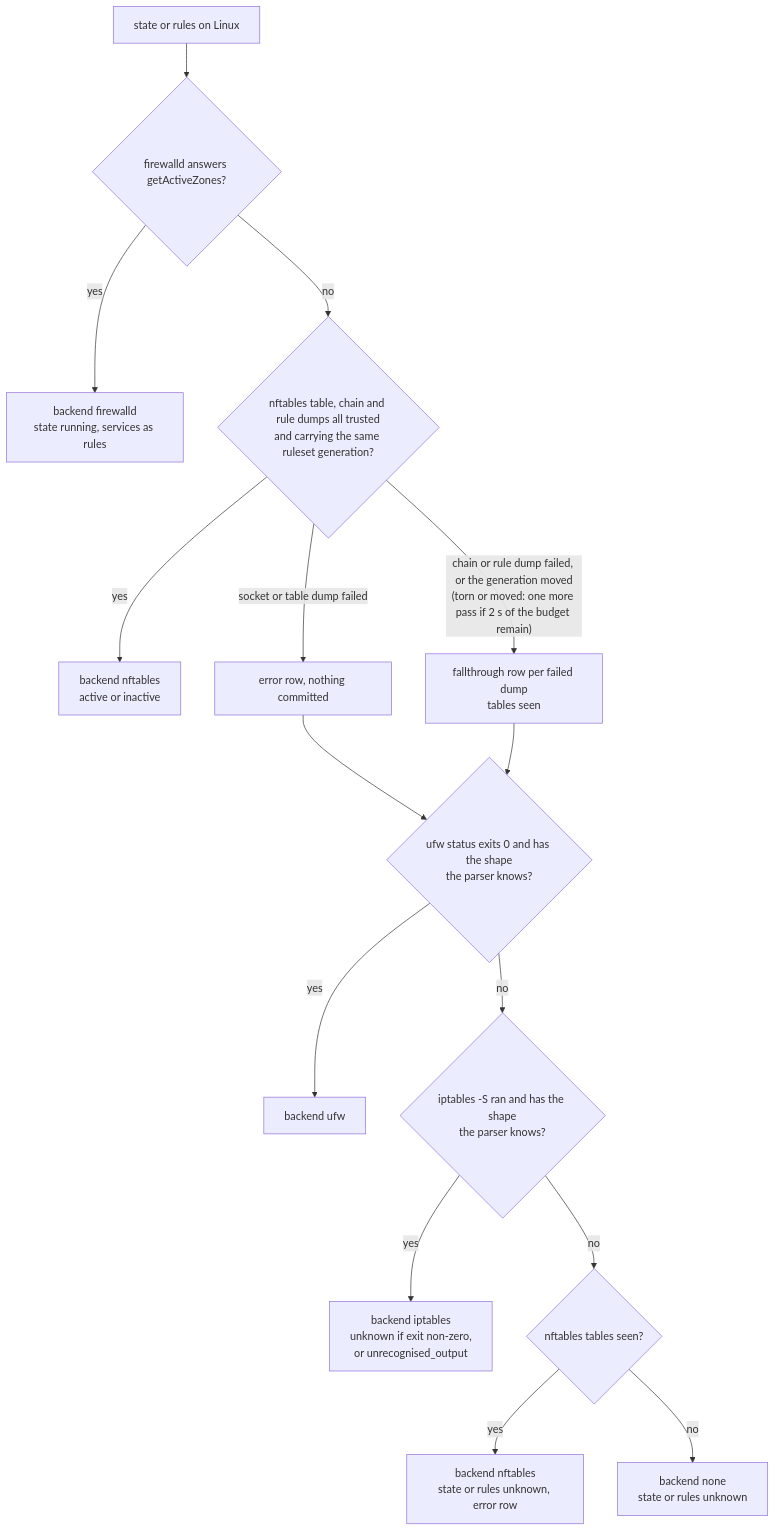
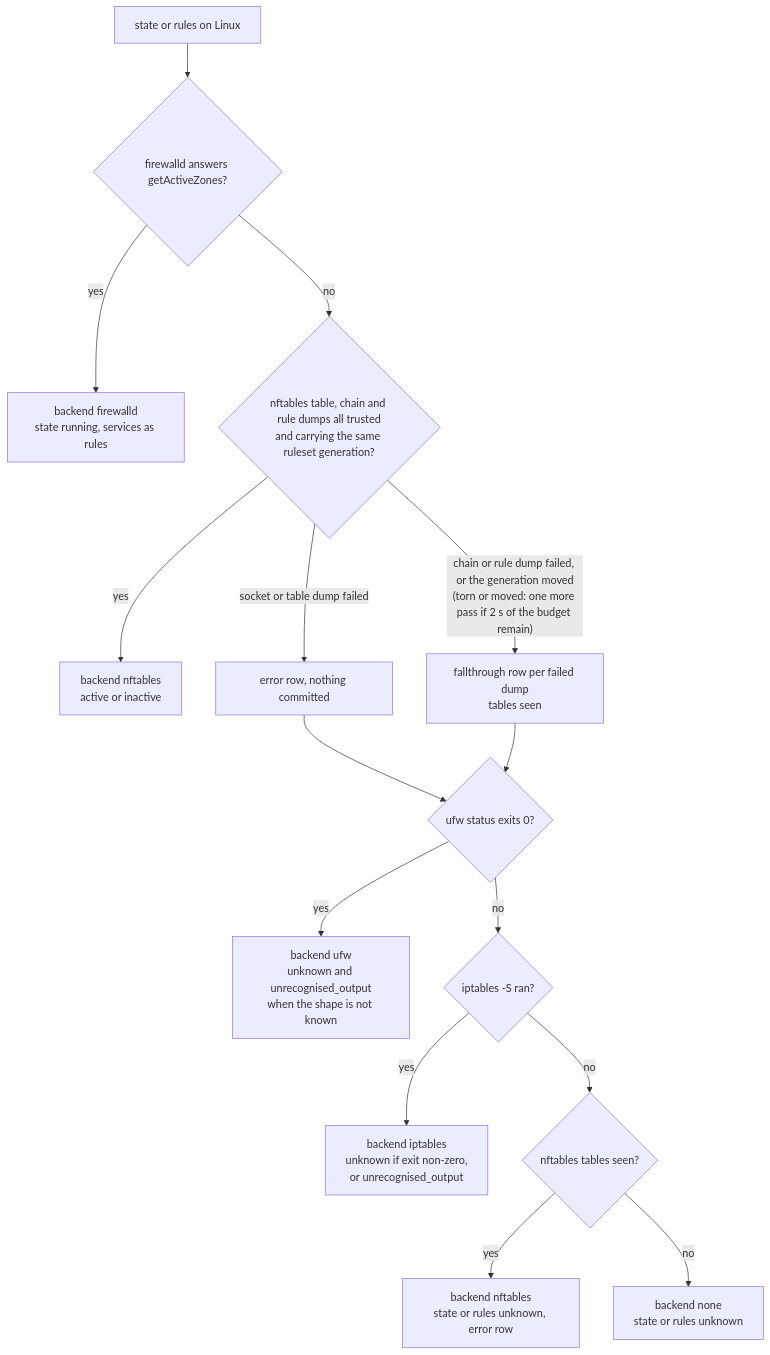
Before and after one commit to DevNullLtd/Yuzu: the third of 4 diagrams in agents/plugins/firewall/README.md, drawn with Mermaid. The commit also changed other lines of this file and 21 other files, not shown here.

````diff
--- a/agents/plugins/firewall/README.md
+++ b/agents/plugins/firewall/README.md
@@ -91,17 +91,17 @@
 ```mermaid
 flowchart TD
   S["state or rules on Linux"] --> F{"firewalld answers getActiveZones?"}
   F -- "yes" --> FD["backend firewalld<br/>state running, services as rules"]
   F -- "no" --> N{"nftables table, chain and rule dumps all trusted<br/>and carrying the same ruleset generation?"}
   N -- "yes" --> ND["backend nftables<br/>active or inactive"]
   N -- "socket or table dump failed" --> E1["error row, nothing committed"]
   N -- "chain or rule dump failed, or the generation moved<br/>(torn or moved: one more pass if 2 s of the budget remain)" --> FT["fallthrough row per failed dump<br/>tables seen"]
   E1 --> U
-  FT --> U{"ufw status exits 0 and has the shape<br/>the parser knows?"}
-  U -- "yes" --> UD["backend ufw"]
-  U -- "no" --> I{"iptables -S ran and has the shape<br/>the parser knows?"}
+  FT --> U{"ufw status exits 0?"}
+  U -- "yes" --> UD["backend ufw<br/>unknown and unrecognised_output<br/>when the shape is not known"]
+  U -- "no" --> I{"iptables -S ran?"}
   I -- "yes" --> ID["backend iptables<br/>unknown if exit non-zero,<br/>or unrecognised_output"]
   I -- "no" --> X{"nftables tables seen?"}
   X -- "yes" --> NU["backend nftables<br/>state or rules unknown, error row"]
   X -- "no" --> NONE["backend none<br/>state or rules unknown"]
 ```
````
